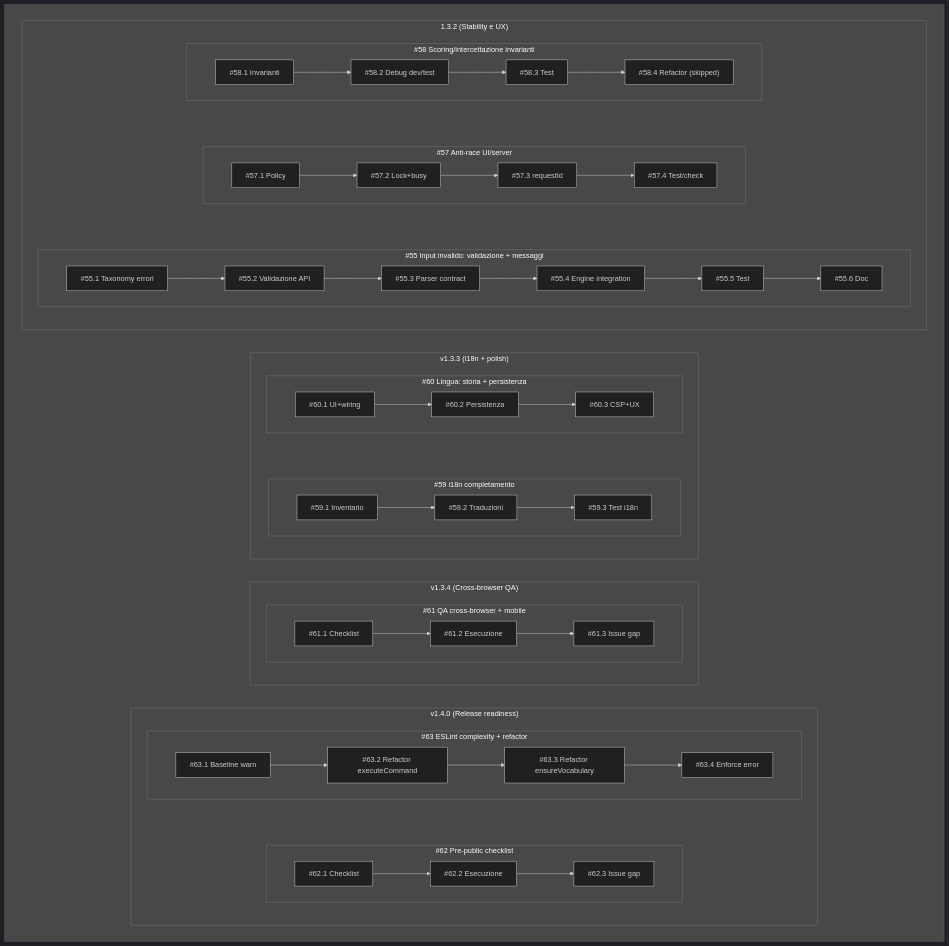
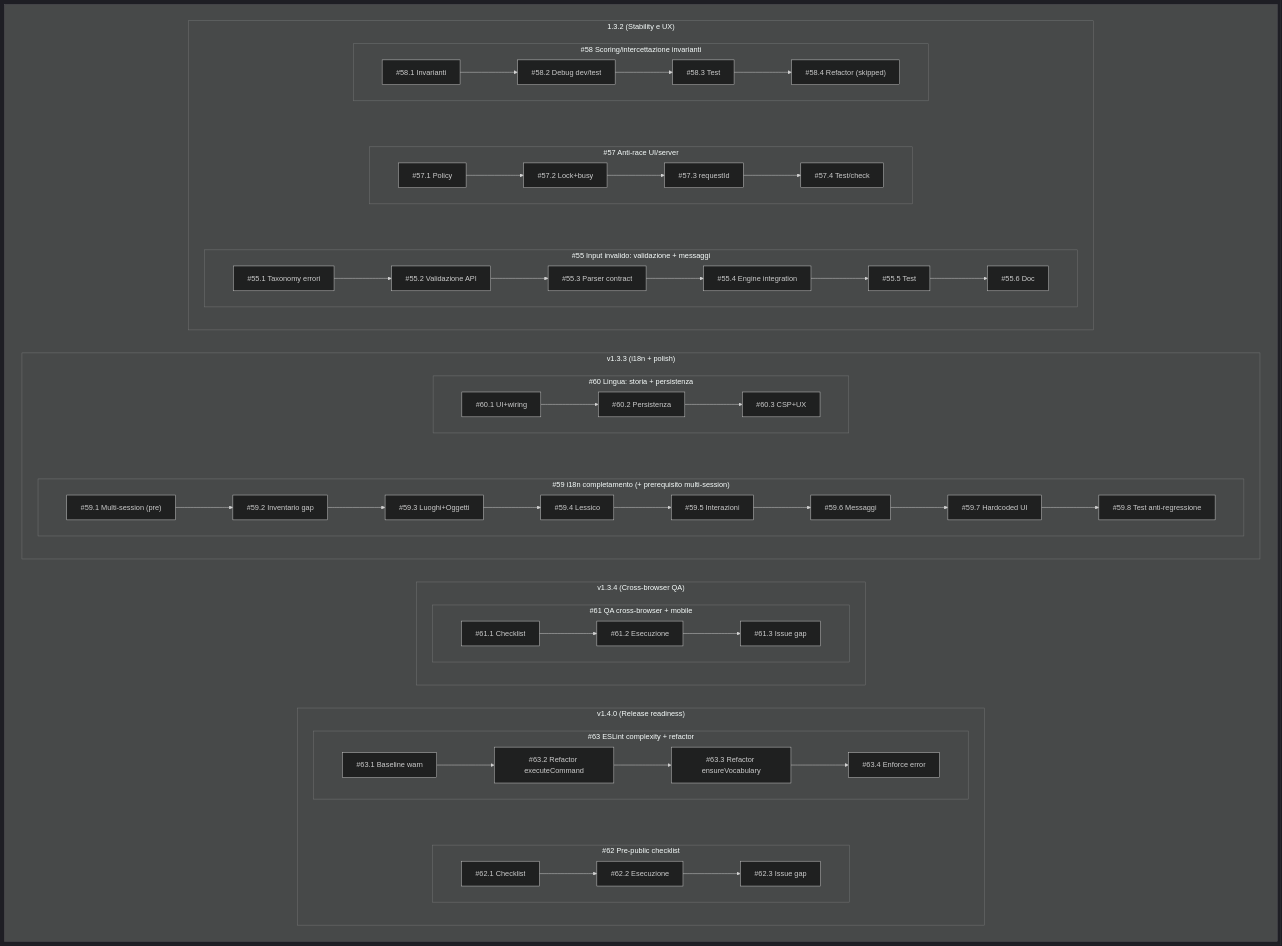
The second of 2 diagrams in docs/20260113_nextsteps.md (Aqualung61/MissioneOdessa), drawn with Mermaid (dark theme) before and after one commit. The commit also changed other lines of this file and 8 other files, not shown here.

First line of the commit message:
Part of #59 — Sprint #59.3: Luoghi/Oggetti EN + fix lingua + HELP EN (#82)

````diff
--- a/docs/20260113_nextsteps.md
+++ b/docs/20260113_nextsteps.md
@@ -105,68 +105,68 @@
 ```mermaid
 flowchart TB
 
   %% Nota: rappresentazione “sequenziale” degli sprint previsti per issue.
   %% Ogni catena indica l’ordine consigliato di esecuzione interno all’issue.
 
   %% Layout richiesto:
   %% - milestone allineate in alto, ordinate da sinistra a destra (decrescente)
   %% - dentro ogni milestone: issues dall’alto al basso (decrescente)
 
   subgraph PLAN[" "]
     direction LR
 
     subgraph M140S["v1.4.0 (Release readiness)"]
       direction TB
       subgraph I63S["#63 ESLint complexity + refactor"]
         direction LR
         S631["#63.1 Baseline warn"] --> S632["#63.2 Refactor executeCommand"] --> S633["#63.3 Refactor ensureVocabulary"] --> S634["#63.4 Enforce error"]
       end
       subgraph I62S["#62 Pre-public checklist"]
         direction LR
         S621["#62.1 Checklist"] --> S622["#62.2 Esecuzione"] --> S623["#62.3 Issue gap"]
       end
       %% Forza ordine verticale issue: 63 -> 62
       S631 ~~~ S621
     end
 
     subgraph M134S["v1.3.4 (Cross-browser QA)"]
       direction TB
       subgraph I61S["#61 QA cross-browser + mobile"]
         direction LR
         S611["#61.1 Checklist"] --> S612["#61.2 Esecuzione"] --> S613["#61.3 Issue gap"]
       end
     end
 
     subgraph M133S["v1.3.3 (i18n + polish)"]
       direction TB
       subgraph I60S["#60 Lingua: storia + persistenza"]
         direction LR
         S601["#60.1 UI+wiring"] --> S602["#60.2 Persistenza"] --> S603["#60.3 CSP+UX"]
       end
-      subgraph I59S["#59 i18n completamento"]
+      subgraph I59S["#59 i18n completamento (+ prerequisito multi-session)"]
         direction LR
-        S591["#59.1 Inventario"] --> S592["#59.2 Traduzioni"] --> S593["#59.3 Test i18n"]
+        S591["#59.1 Multi-session (pre)"] --> S592["#59.2 Inventario gap"] --> S593["#59.3 Luoghi+Oggetti"] --> S594["#59.4 Lessico"] --> S595["#59.5 Interazioni"] --> S596["#59.6 Messaggi"] --> S597["#59.7 Hardcoded UI"] --> S598["#59.8 Test anti-regressione"]
       end
       %% Forza ordine verticale issue: 60 -> 59
       S601 ~~~ S591
     end
 
     subgraph M132S["1.3.2 (Stability e UX)"]
       direction TB
       subgraph I58S["#58 Scoring/intercettazione invarianti"]
         direction LR
         S581["#58.1 Invarianti"] --> S582["#58.2 Debug dev/test"] --> S583["#58.3 Test"] --> S584["#58.4 Refactor (skipped)"]
       end
       subgraph I57S["#57 Anti-race UI/server"]
         direction LR
         S571["#57.1 Policy"] --> S572["#57.2 Lock+busy"] --> S573["#57.3 requestId"] --> S574["#57.4 Test/check"]
       end
       subgraph I55S["#55 Input invalido: validazione + messaggi"]
         direction LR
         S551["#55.1 Taxonomy errori"] --> S552["#55.2 Validazione API"] --> S553["#55.3 Parser contract"] --> S554["#55.4 Engine integration"] --> S555["#55.5 Test"] --> S556["#55.6 Doc"]
       end
       %% Forza ordine verticale issue: 58 -> 57 -> 55
       S581 ~~~ S571 ~~~ S551
     end
   end
 ```
````
